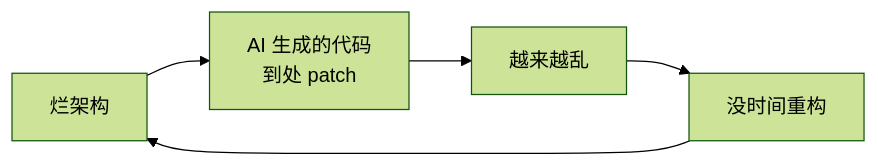
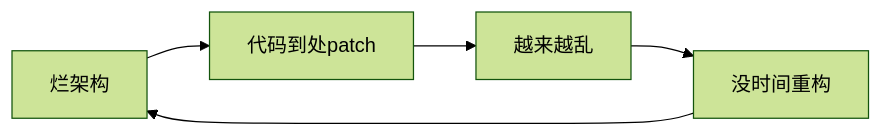
Before and after one commit to Wh1isper/wh1isper.github.io: the eighth of 9 diagrams in source/_posts/2026-02-02-AI-Assisted-Development-Consistency.md, drawn with Mermaid (forest theme). The commit also changed other lines of this file, not shown here.

Commit message:
Fix mermaid diagrams

````diff
--- a/source/_posts/2026-02-02-AI-Assisted-Development-Consistency.md
+++ b/source/_posts/2026-02-02-AI-Assisted-Development-Consistency.md
@@ -173,7 +177,7 @@
 ```mermaid
 flowchart LR
-    A[烂架构] --> B[AI 生成的代码<br/>到处 patch]
+    A[烂架构] --> B[代码到处patch]
     B --> C[越来越乱]
     C --> D[没时间重构]
     D --> A
 ```
````
